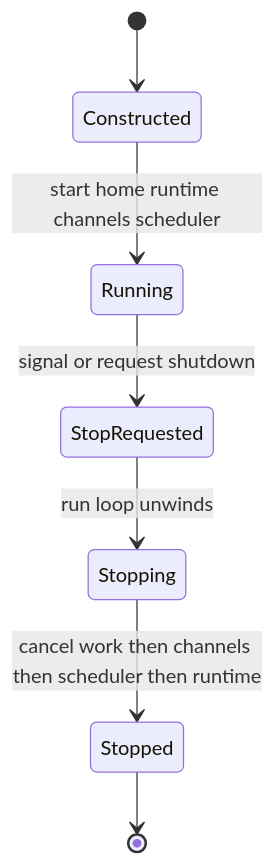
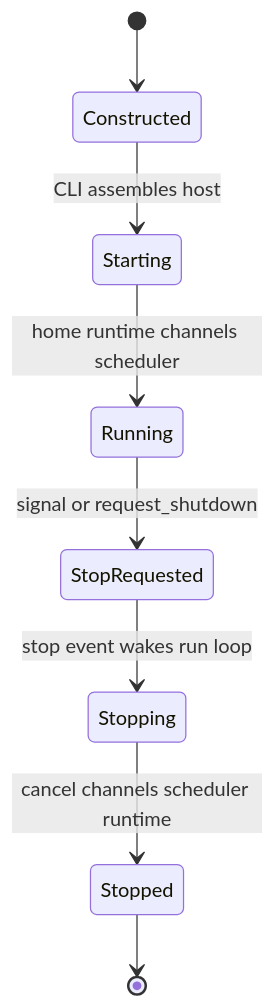
The first of 3 diagrams in openwiki/integrations/talon.md (langchain-ai/deepagents), drawn with Mermaid before and after one commit. The commit also changed other lines of this file and 63 other files, not shown here.

````diff
--- a/openwiki/integrations/talon.md
+++ b/openwiki/integrations/talon.md
@@ -51,9 +43,10 @@
 ```mermaid
 stateDiagram-v2
     [*] --> Constructed
-    Constructed --> Running: start home runtime channels scheduler
-    Running --> StopRequested: signal or request shutdown
-    StopRequested --> Stopping: run loop unwinds
-    Stopping --> Stopped: cancel work then channels then scheduler then runtime
+    Constructed --> Starting: CLI assembles host
+    Starting --> Running: home runtime channels scheduler
+    Running --> StopRequested: signal or request_shutdown
+    StopRequested --> Stopping: stop event wakes run loop
+    Stopping --> Stopped: cancel channels scheduler runtime
     Stopped --> [*]
 ```
````
